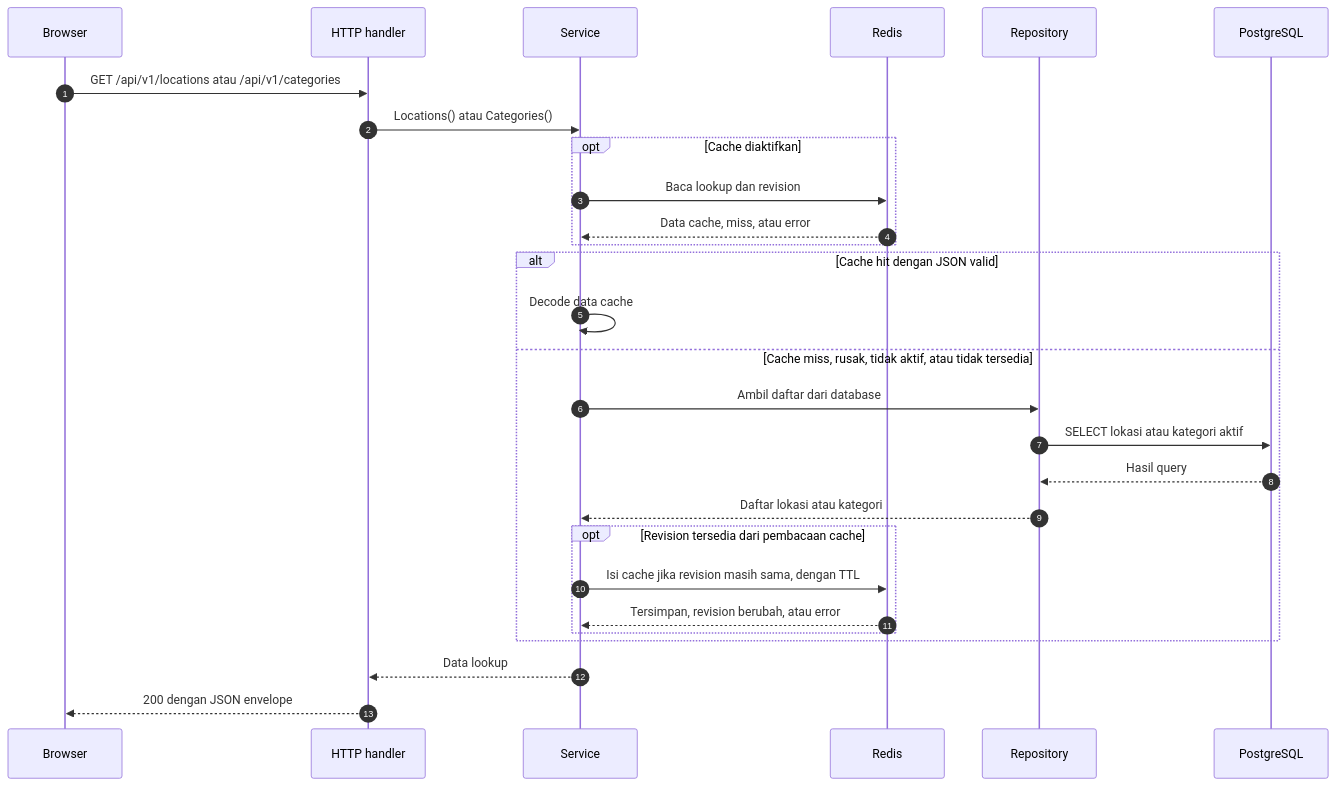
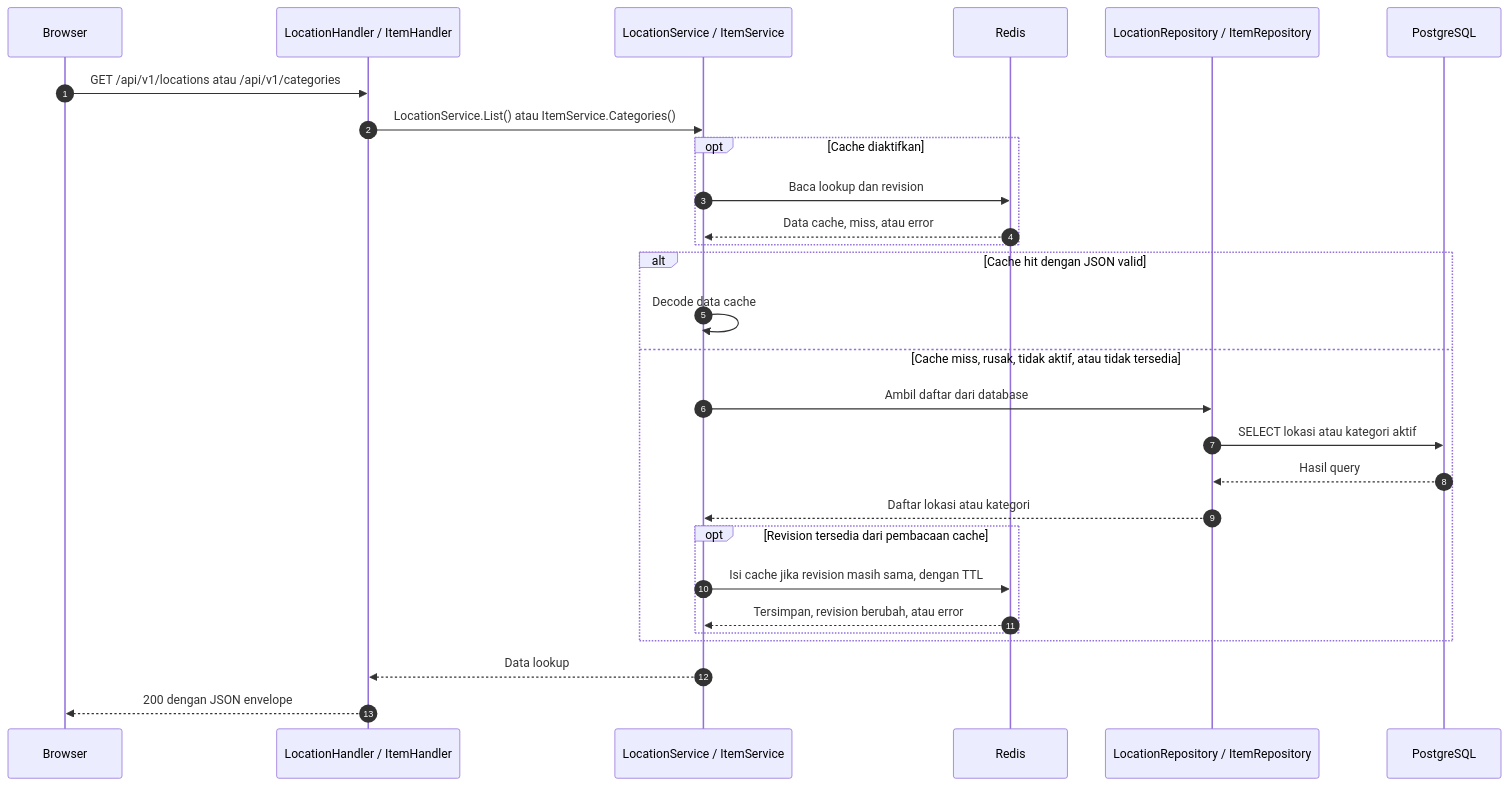
The second of 3 diagrams in README.md (nrcfrld/warehouse-test-challenge), drawn with Mermaid before and after one commit. The commit also changed other lines of this file and 54 other files, not shown here.

````diff
--- a/README.md
+++ b/README.md
@@ -109,31 +136,31 @@
 ```mermaid
 sequenceDiagram
     autonumber
     participant Browser
-    participant API as HTTP handler
-    participant Service
+    participant API as LocationHandler / ItemHandler
+    participant Service as LocationService / ItemService
     participant Redis
-    participant Repo as Repository
+    participant Repo as LocationRepository / ItemRepository
     participant DB as PostgreSQL
 
     Browser->>API: GET /api/v1/locations atau /api/v1/categories
-    API->>Service: Locations() atau Categories()
+    API->>Service: LocationService.List() atau ItemService.Categories()
     opt Cache diaktifkan
         Service->>Redis: Baca lookup dan revision
         Redis-->>Service: Data cache, miss, atau error
     end
     alt Cache hit dengan JSON valid
         Service->>Service: Decode data cache
     else Cache miss, rusak, tidak aktif, atau tidak tersedia
         Service->>Repo: Ambil daftar dari database
         Repo->>DB: SELECT lokasi atau kategori aktif
         DB-->>Repo: Hasil query
         Repo-->>Service: Daftar lokasi atau kategori
         opt Revision tersedia dari pembacaan cache
             Service->>Redis: Isi cache jika revision masih sama, dengan TTL
             Redis-->>Service: Tersimpan, revision berubah, atau error
         end
     end
     Service-->>API: Data lookup
     API-->>Browser: 200 dengan JSON envelope
 ```
````
